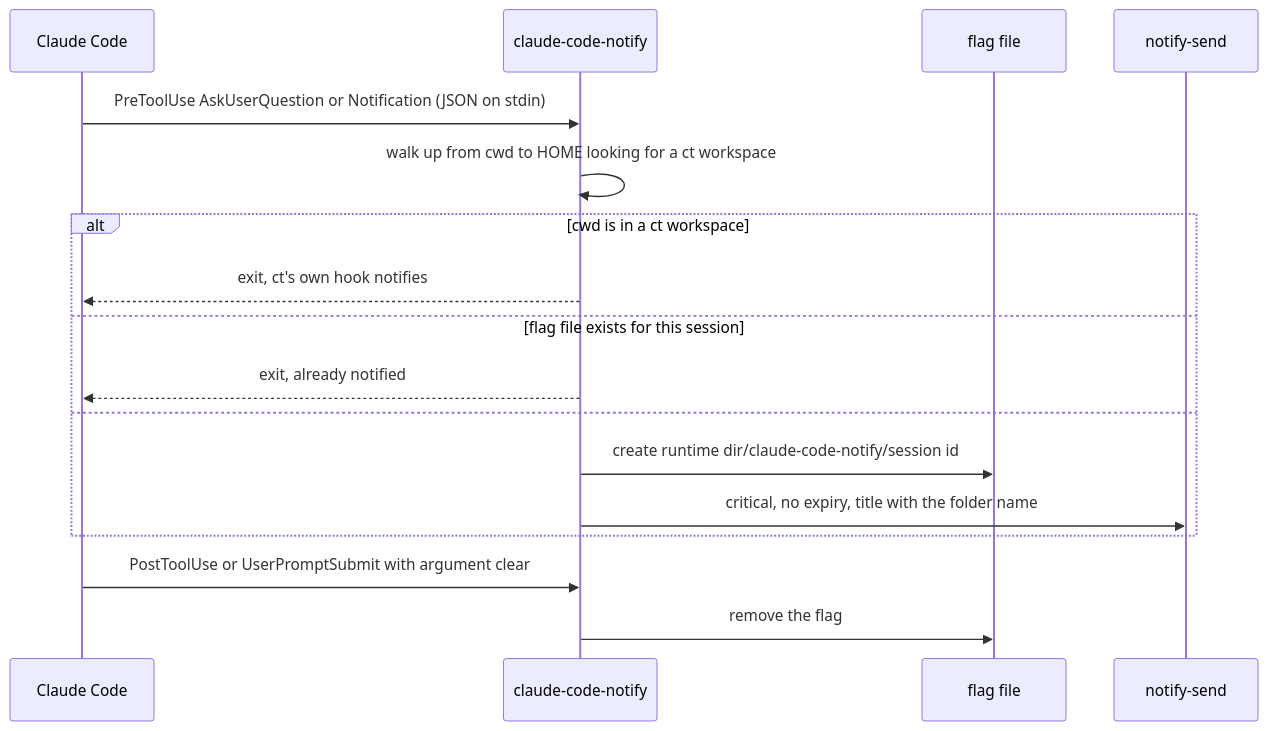
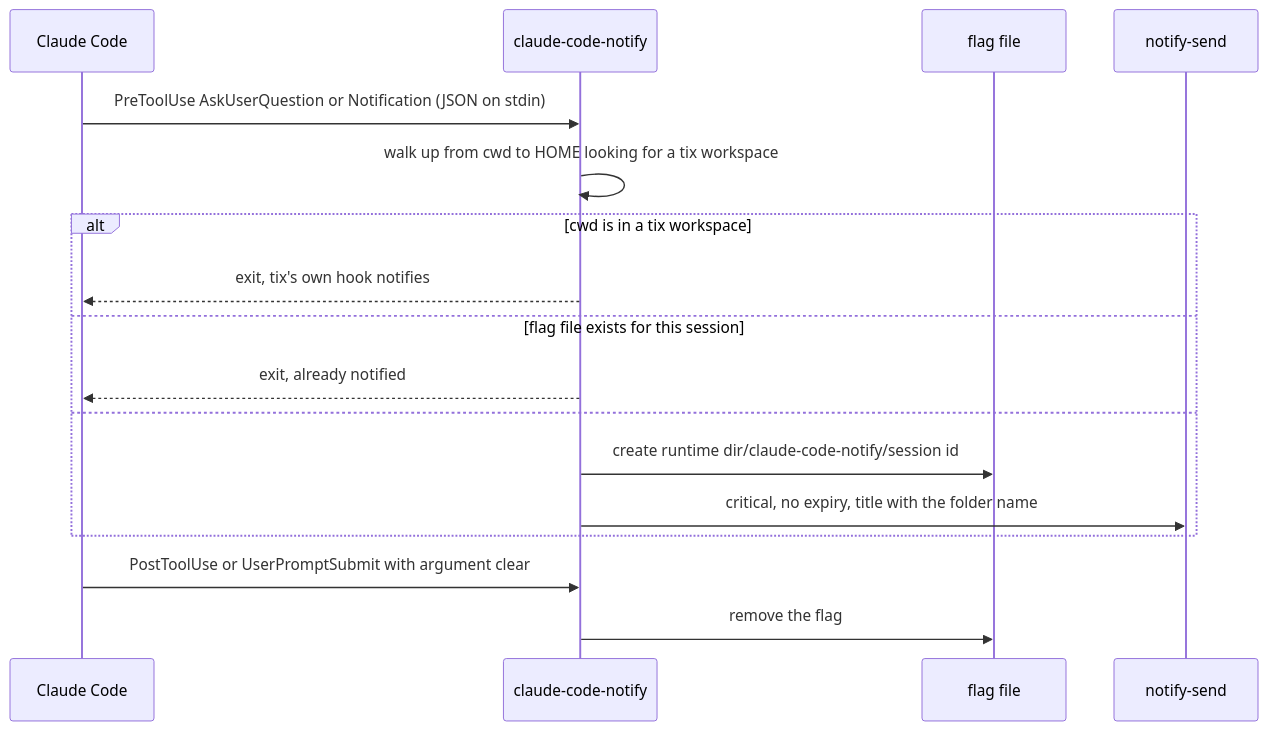
Before and after one commit to zero4573/nixos: the diagram in docs/claude-notifications.md, drawn with Mermaid. The commit also changed other lines of this file and 29 other files, not shown here.

````diff
--- a/docs/claude-notifications.md
+++ b/docs/claude-notifications.md
@@ -22,19 +22,19 @@
 ```mermaid
 sequenceDiagram
     participant C as Claude Code
     participant N as claude-code-notify
     participant F as flag file
     participant D as notify-send
     C->>N: PreToolUse AskUserQuestion or Notification (JSON on stdin)
-    N->>N: walk up from cwd to HOME looking for a ct workspace
-    alt cwd is in a ct workspace
-        N-->>C: exit, ct's own hook notifies
+    N->>N: walk up from cwd to HOME looking for a tix workspace
+    alt cwd is in a tix workspace
+        N-->>C: exit, tix's own hook notifies
     else flag file exists for this session
         N-->>C: exit, already notified
     else
         N->>F: create runtime dir/claude-code-notify/session id
         N->>D: critical, no expiry, title with the folder name
     end
     C->>N: PostToolUse or UserPromptSubmit with argument clear
     N->>F: remove the flag
 ```
````
